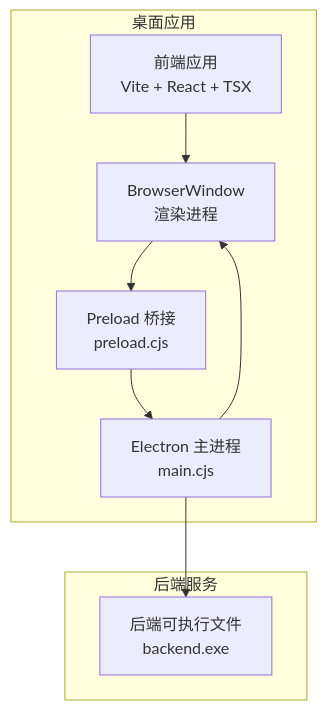
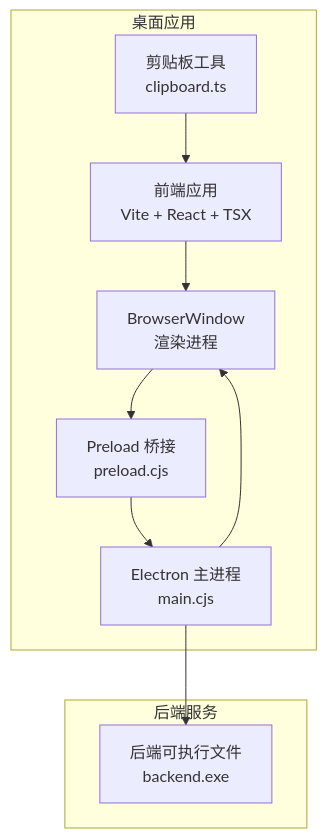
Before and after one commit to dream-ze/AI_huoke-: the first of 10 diagrams in .qoder/repowiki/zh/content/前端应用架构/桌面应用架构.md, drawn with Mermaid. The commit also changed other lines of this file and 220 other files, not shown here.

````diff
--- a/.qoder/repowiki/zh/content/前端应用架构/桌面应用架构.md
+++ b/.qoder/repowiki/zh/content/前端应用架构/桌面应用架构.md
@@ -51,17 +62,19 @@
 ```mermaid
 graph TB
 subgraph "桌面应用"
 FE["前端应用<br/>Vite + React + TSX"]
 EP["Electron 主进程<br/>main.cjs"]
 PL["Preload 桥接<br/>preload.cjs"]
 WIN["BrowserWindow<br/>渲染进程"]
+CLIP["剪贴板工具<br/>clipboard.ts"]
 end
 subgraph "后端服务"
 BE["后端可执行文件<br/>backend.exe"]
 end
 FE --> WIN
 EP --> WIN
 EP --> BE
 WIN --> PL
 PL --> EP
+CLIP --> FE
 ```
````
